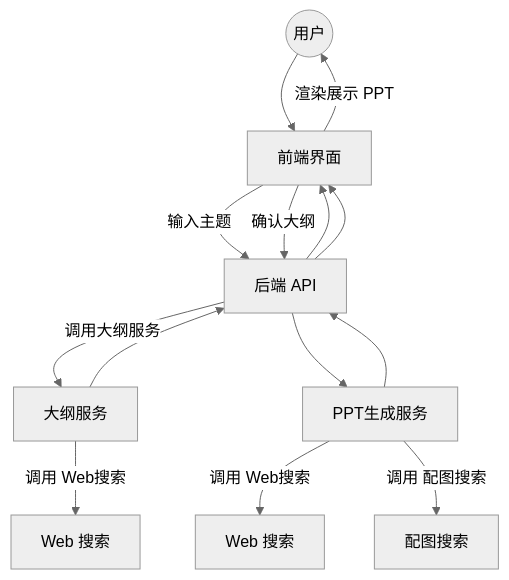
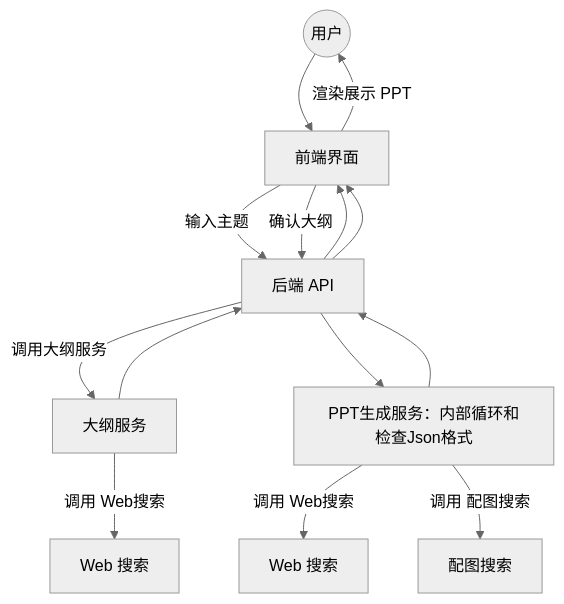
The diagram in README.md (johnson7788/TrainPPTAgent), drawn with Mermaid (neutral theme) before and after one commit. The commit also changed other lines of this file and 3 other files, not shown here.

````diff
--- a/README.md
+++ b/README.md
@@ -159,16 +160,16 @@
 ```mermaid
 flowchart TD
   U((用户)) --> FE[前端界面]
   FE -->|输入主题| API[后端 API]
 
   API -->|调用大纲服务| Outline[大纲服务]
   Outline -->|调用 Web搜索| WebSearch1[Web 搜索]
   Outline --> API --> FE
 
-  FE -->|确认大纲| API --> PPTGen[PPT生成服务]
+  FE -->|确认大纲| API --> PPTGen[PPT生成服务：内部循环和检查Json格式]
   PPTGen -->|调用 Web搜索| WebSearch2[Web 搜索]
   PPTGen -->|调用 配图搜索| ImgSearch[配图搜索]
   PPTGen --> API --> FE
 
   FE -->|渲染展示 PPT| U
 ```
````
